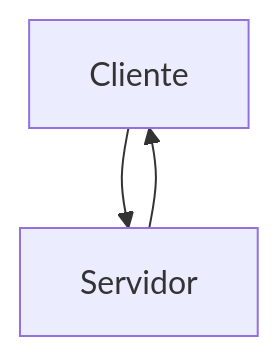
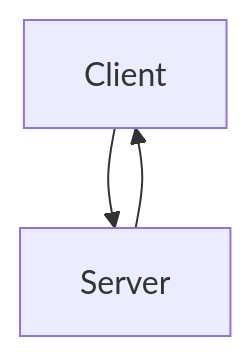
One commit to EduardoZepeda/coffee-bytes-hugo changed the second of 5 diagrams in content/posts/que-es-grpc-y-para-que-sirven-los-protobuffers/index.en.md. Above: the diagram before and after it, drawn with Mermaid. The commit also changed other lines of this file and 2 other files, not shown here.

````diff
--- a/content/posts/que-es-grpc-y-para-que-sirven-los-protobuffers/index.en.md
+++ b/content/posts/que-es-grpc-y-para-que-sirven-los-protobuffers/index.en.md
@@ -125,5 +125,5 @@
 ``` mermaid
 graph TD;
-    Cliente-->Servidor;
-    Servidor-->Cliente;
+    Client-->Server;
+    Server-->Client;
 ```
````
